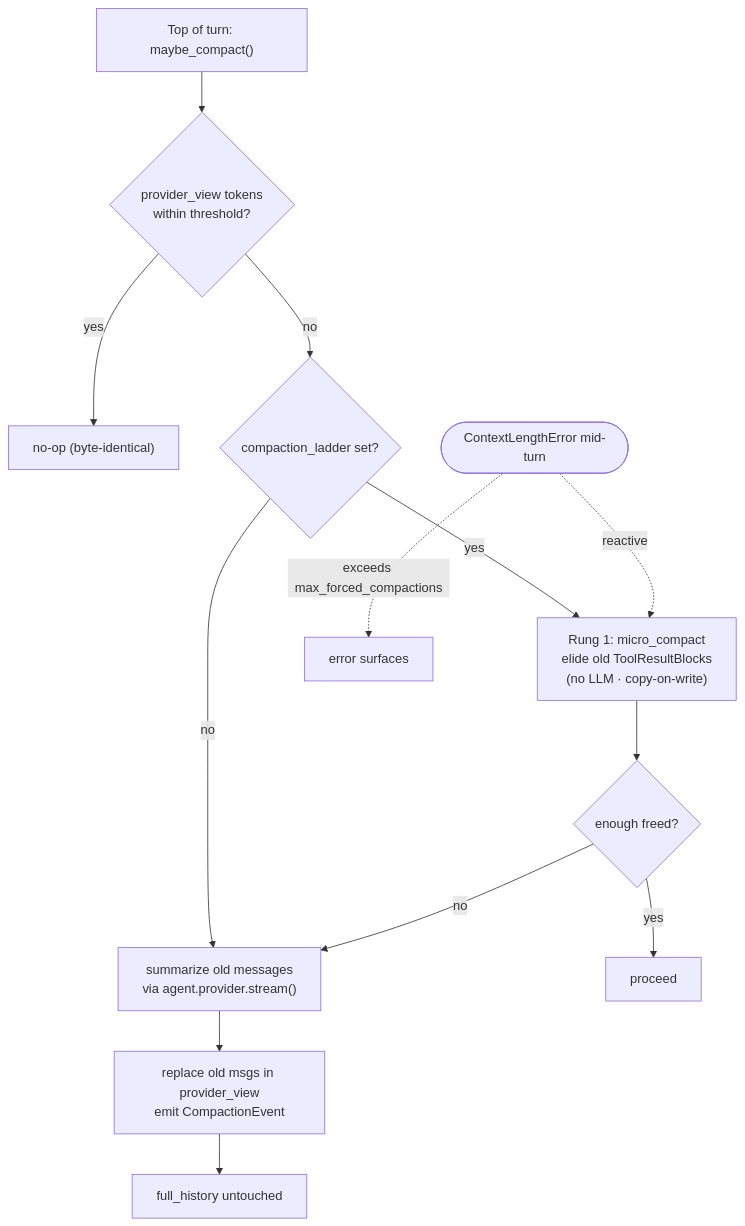
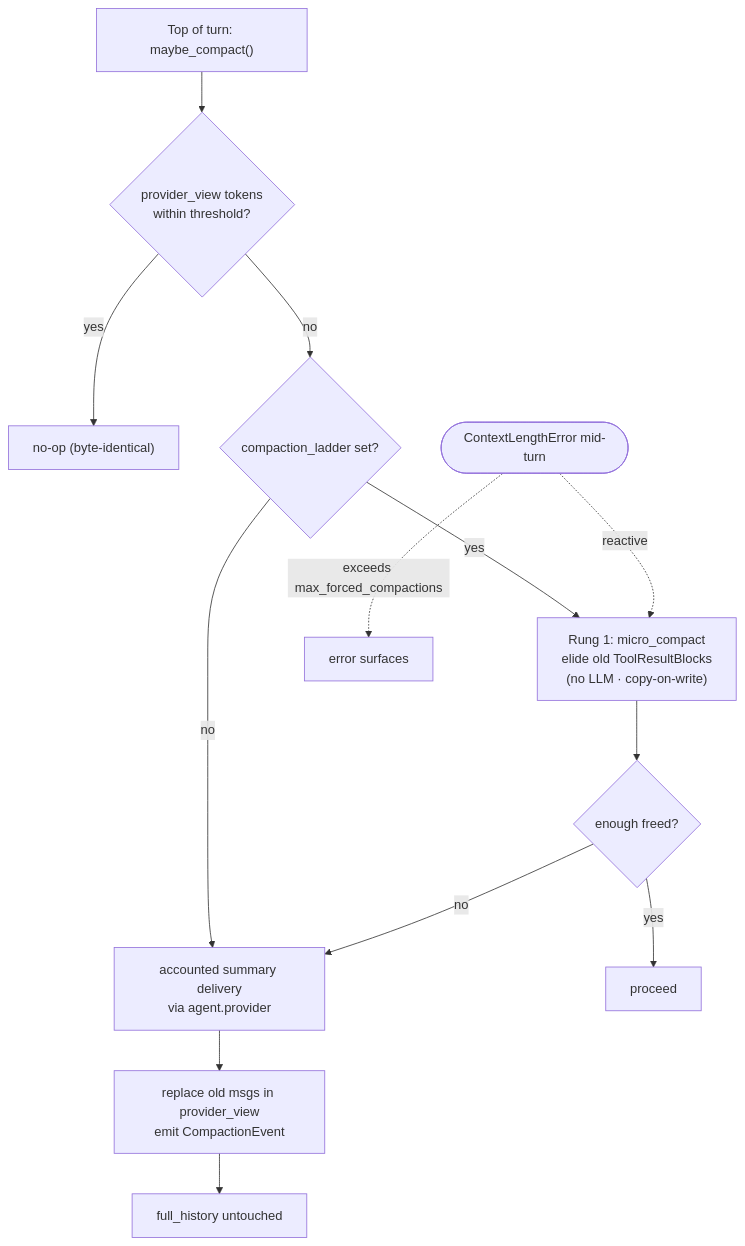
Before and after one commit to DuyTa506/linch: the diagram in docs/architecture/compaction.md, drawn with Mermaid. The commit also changed other lines of this file and 7 other files, not shown here.

````diff
--- a/docs/architecture/compaction.md
+++ b/docs/architecture/compaction.md
@@ -18,15 +28,15 @@
 ```mermaid
 flowchart TD
     A["Top of turn: maybe_compact()"] --> B{provider_view tokens<br/>within threshold?}
     B -- yes --> Z["no-op (byte-identical)"]
     B -- no --> C{compaction_ladder set?}
-    C -- no --> S["summarize old messages<br/>via agent.provider.stream()"]
+    C -- no --> S["accounted summary delivery<br/>via agent.provider"]
     C -- yes --> M["Rung 1: micro_compact<br/>elide old ToolResultBlocks<br/>(no LLM · copy-on-write)"]
     M --> D{enough freed?}
     D -- yes --> Z2["proceed"]
     D -- no --> S
     S --> E["replace old msgs in provider_view<br/>emit CompactionEvent"]
     E --> F["full_history untouched"]
     R(["ContextLengthError mid-turn"]) -. reactive .-> M
     R -. exceeds max_forced_compactions .-> X["error surfaces"]
 ```
````
